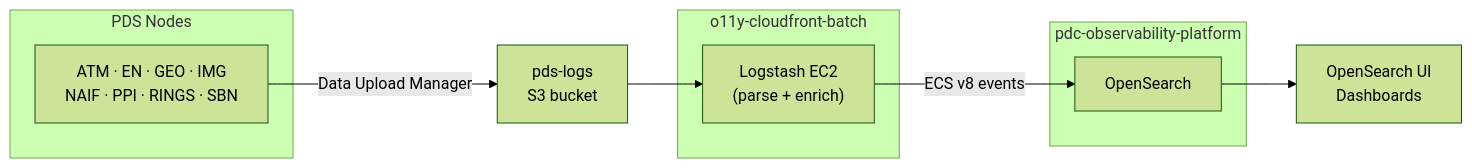
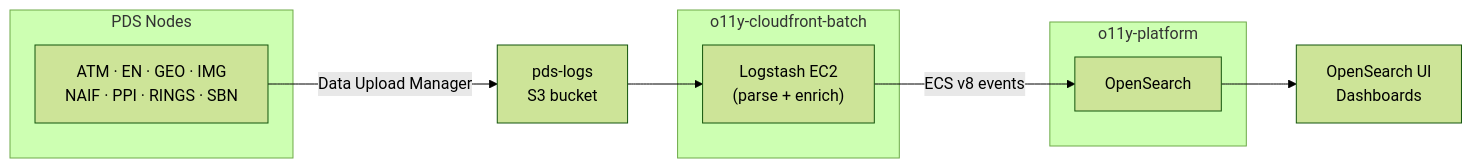
Before and after one commit to NASA-PDS/o11y-cloudfront-batch: the diagram in README.md, drawn with Mermaid (forest theme). The commit also changed other lines of this file and 9 other files, not shown here.

````diff
--- a/README.md
+++ b/README.md
@@ -48,23 +48,23 @@
 ```mermaid
 flowchart LR
     subgraph pds["PDS Nodes"]
         N["ATM · EN · GEO · IMG\nNAIF · PPI · RINGS · SBN"]
     end
 
     S3["pds-logs\nS3 bucket"]
 
     subgraph wa["o11y-cloudfront-batch"]
         LS["Logstash EC2\n(parse + enrich)"]
     end
 
-    subgraph obs["pdc-observability-platform"]
+    subgraph obs["o11y-platform"]
         OS["OpenSearch"]
     end
 
     DASH["OpenSearch UI\nDashboards"]
 
     N -->|"Data Upload Manager"| S3
     S3 --> LS
     LS -->|"ECS v8 events"| OS
     OS --> DASH
 ```
````
